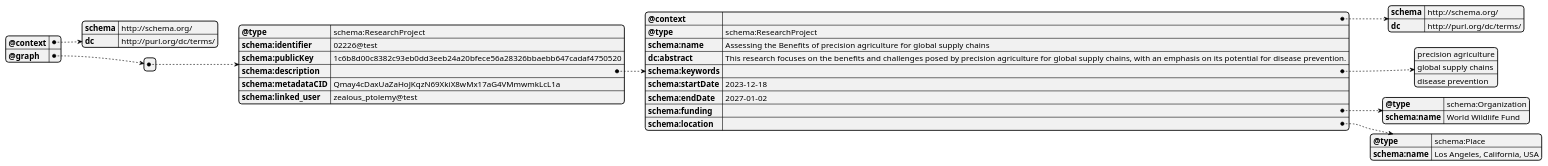
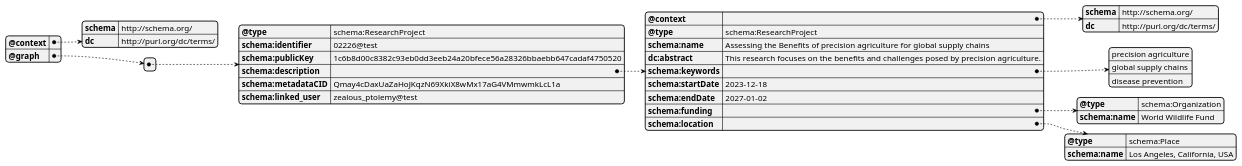
Before and after one commit to OliveiraEdu/d-OSP: the diagram in diagrams/plantUML/project_metadata.wsd, drawn with PlantUML. The commit also changed 110 other files, not shown here.

```diff
--- a/diagrams/plantUML/project_metadata.wsd
+++ b/diagrams/plantUML/project_metadata.wsd
@@ -1,41 +1,41 @@
 @startjson
 {
     "@context": {
         "schema": "http://schema.org/",
         "dc": "http://purl.org/dc/terms/"
     },
     "@graph": [
         {
             "@type": "schema:ResearchProject",
             "schema:identifier": "02226@test",
             "schema:publicKey": "1c6b8d00c8382c93eb0dd3eeb24a20bfece56a28326bbaebb647cadaf4750520",
             "schema:description": {
                 "@context": {
                     "schema": "http://schema.org/",
                     "dc": "http://purl.org/dc/terms/"
                 },
                 "@type": "schema:ResearchProject",
                 "schema:name": "Assessing the Benefits of precision agriculture for global supply chains",
-                "dc:abstract": "This research focuses on the benefits and challenges posed by precision agriculture for global supply chains, with an emphasis on its potential for disease prevention.",
+                "dc:abstract": "This research focuses on the benefits and challenges posed by precision agriculture.",
                 "schema:keywords": [
                     "precision agriculture",
                     "global supply chains",
                     "disease prevention"
                 ],
                 "schema:startDate": "2023-12-18",
                 "schema:endDate": "2027-01-02",
                 "schema:funding": {
                     "@type": "schema:Organization",
                     "schema:name": "World Wildlife Fund"
                 },
                 "schema:location": {
                     "@type": "schema:Place",
                     "schema:name": "Los Angeles, California, USA"
                 }
             },
             "schema:metadataCID": "Qmay4cDaxUaZaHoJKqzN69XkiX8wMx17aG4VMmwmkLcL1a",
             "schema:linked_user": "zealous_ptolemy@test"
         }
     ]
 }
 @endjson
```
